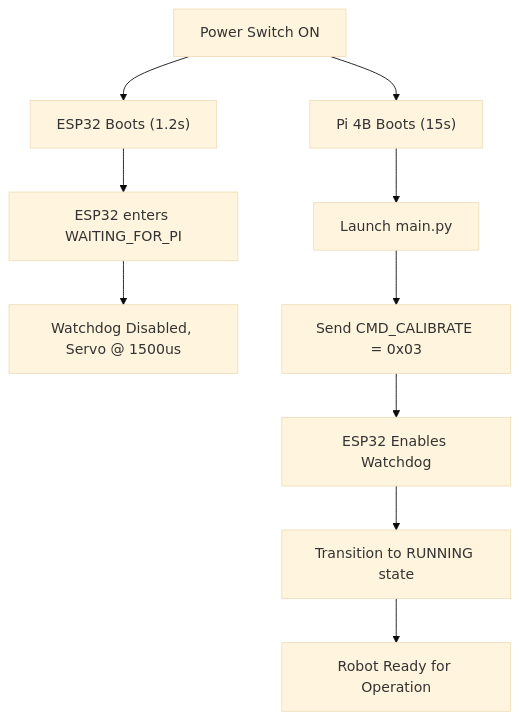
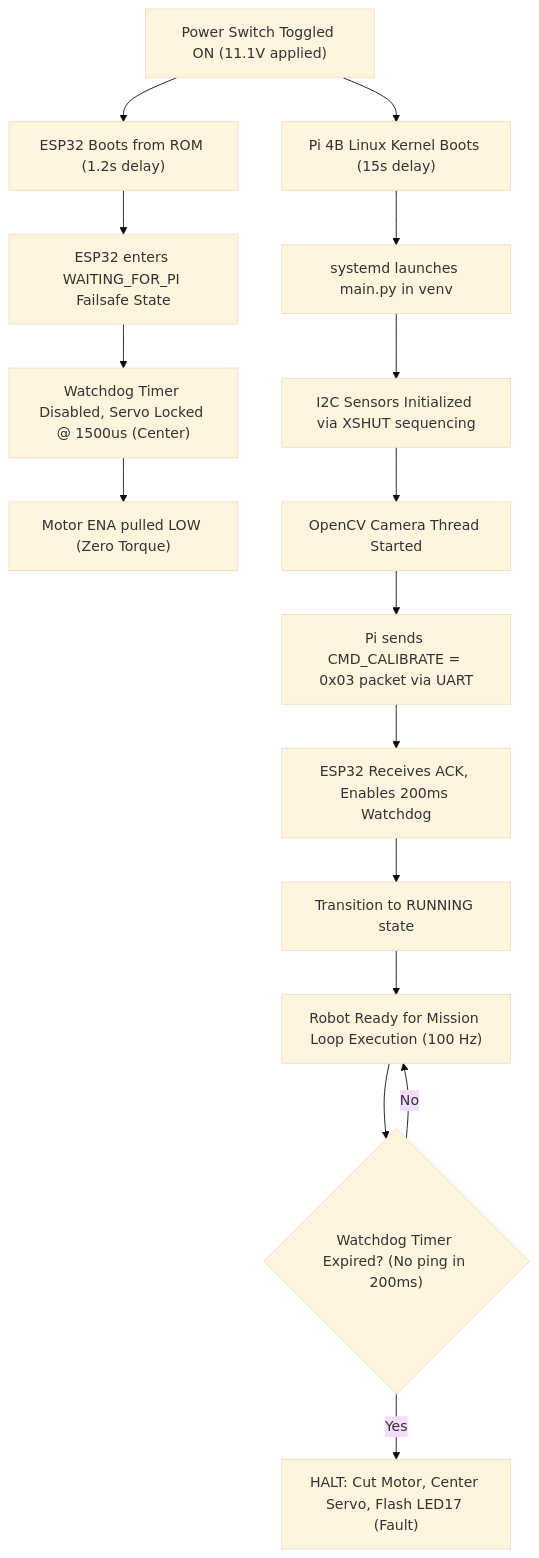
One commit to SHRUT6633/car changed the second of 2 diagrams in docs/05_reproducibility.md. Above: the diagram before and after it, drawn with Mermaid (base theme). The commit also changed other lines of this file and 2 other files, not shown here.

````diff
--- a/docs/05_reproducibility.md
+++ b/docs/05_reproducibility.md
@@ -412,12 +280,21 @@
 ```mermaid
 flowchart TD
-    A["Power Switch ON"] --> B["ESP32 Boots (1.2s)"]
-    B --> C["ESP32 enters WAITING_FOR_PI"]
-    C --> D["Watchdog Disabled, Servo @ 1500us"]
-    A --> E["Pi 4B Boots (15s)"]
-    E --> F["Launch main.py"]
-    F --> G["Send CMD_CALIBRATE = 0x03"]
-    G --> H["ESP32 Enables Watchdog"]
-    H --> I["Transition to RUNNING state"]
-    I --> J["Robot Ready for Operation"]
+    A["Power Switch Toggled ON (11.1V applied)"] --> B["ESP32 Boots from ROM (1.2s delay)"]
+    B --> C["ESP32 enters WAITING_FOR_PI Failsafe State"]
+    C --> D["Watchdog Timer Disabled, Servo Locked @ 1500us (Center)"]
+    D --> E["Motor ENA pulled LOW (Zero Torque)"]
+    
+    A --> F["Pi 4B Linux Kernel Boots (15s delay)"]
+    F --> G["systemd launches main.py in venv"]
+    G --> H["I2C Sensors Initialized via XSHUT sequencing"]
+    H --> I["OpenCV Camera Thread Started"]
+    I --> J["Pi sends CMD_CALIBRATE = 0x03 packet via UART"]
+    
+    J --> K["ESP32 Receives ACK, Enables 200ms Watchdog"]
+    K --> L["Transition to RUNNING state"]
+    L --> M["Robot Ready for Mission Loop Execution (100 Hz)"]
+    
+    M --> N{"Watchdog Timer Expired? (No ping in 200ms)"}
+    N -- Yes --> O["HALT: Cut Motor, Center Servo, Flash LED17 (Fault)"]
+    N -- No --> M
 ```
````
